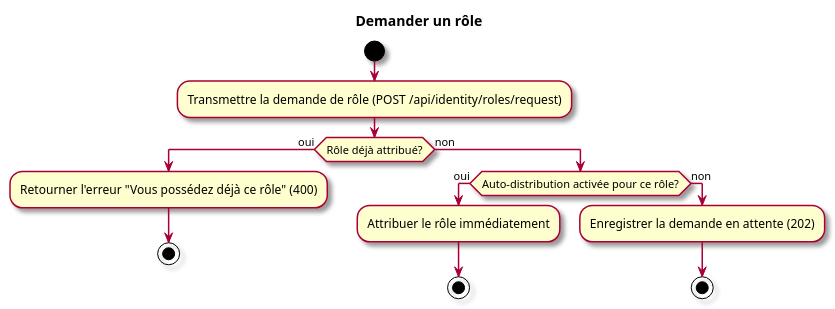
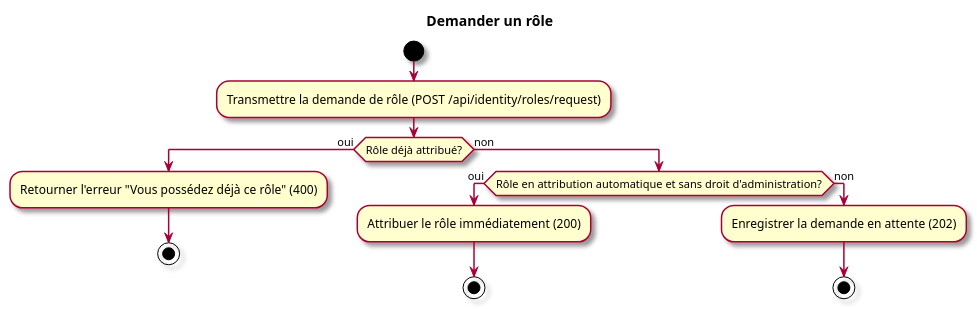
One commit to myr-forge/myr-core changed the second of 2 diagrams in specs/1-Expression/UCA-Compte_et_Acces/UCA08.md. Above: the diagram before and after it, drawn with PlantUML. The commit also changed other lines of this file and 50 other files, not shown here.

````diff
--- a/specs/1-Expression/UCA-Compte_et_Acces/UCA08.md
+++ b/specs/1-Expression/UCA-Compte_et_Acces/UCA08.md
@@ -77,20 +86,20 @@
 ```plantuml
 @startuml
 skin rose
 title Demander un rôle
 start
 :Transmettre la demande de rôle (POST /api/identity/roles/request);
 if (Rôle déjà attribué?) then (oui)
   :Retourner l'erreur "Vous possédez déjà ce rôle" (400);
   stop
 else (non)
-  if (Auto-distribution activée pour ce rôle?) then (oui)
-    :Attribuer le rôle immédiatement;
+  if (Rôle en attribution automatique et sans droit d'administration?) then (oui)
+    :Attribuer le rôle immédiatement (200);
     stop
   else (non)
     :Enregistrer la demande en attente (202);
     stop
   endif
 endif
 @enduml
 ```
````
